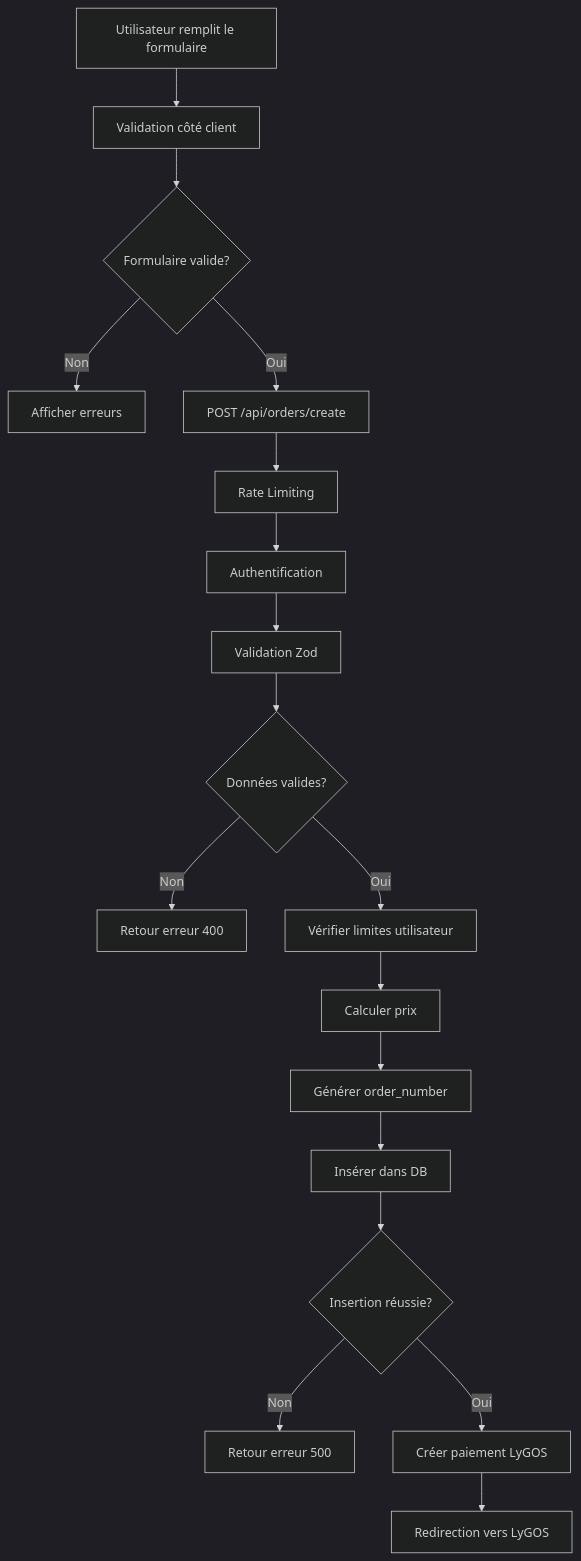
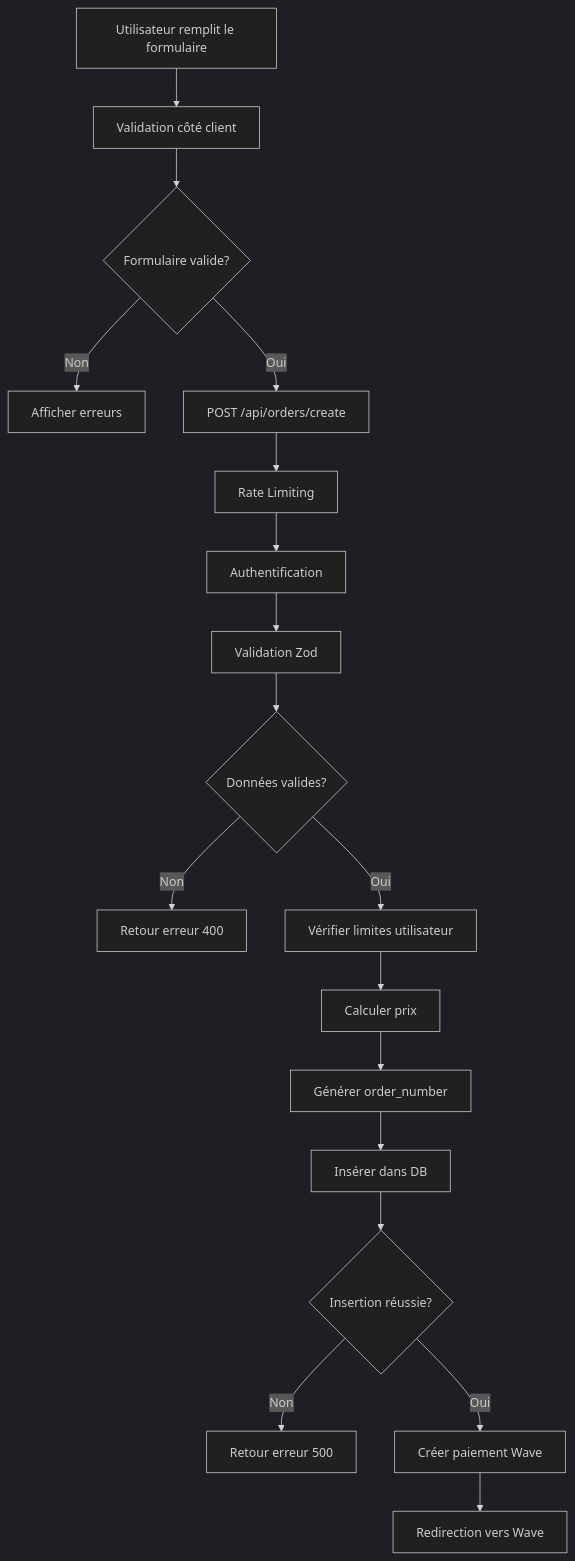
Before and after one commit to krsidoine7-svg/Ofika-c: the diagram in docs/04-database/STRUCTURE_TABLE_ORDERS.md, drawn with Mermaid (dark theme). The commit also changed other lines of this file and 424 other files, not shown here.

````diff
--- a/docs/04-database/STRUCTURE_TABLE_ORDERS.md
+++ b/docs/04-database/STRUCTURE_TABLE_ORDERS.md
@@ -269,20 +263,20 @@
 ```mermaid
 graph TD
     A[Utilisateur remplit le formulaire] --> B[Validation côté client]
     B --> C{Formulaire valide?}
     C -->|Non| D[Afficher erreurs]
     C -->|Oui| E[POST /api/orders/create]
     E --> F[Rate Limiting]
     F --> G[Authentification]
     G --> H[Validation Zod]
     H --> I{Données valides?}
     I -->|Non| J[Retour erreur 400]
     I -->|Oui| K[Vérifier limites utilisateur]
     K --> L[Calculer prix]
     L --> M[Générer order_number]
     M --> N[Insérer dans DB]
     N --> O{Insertion réussie?}
     O -->|Non| P[Retour erreur 500]
-    O -->|Oui| Q[Créer paiement LyGOS]
-    Q --> R[Redirection vers LyGOS]
+    O -->|Oui| Q[Créer paiement Wave]
+    Q --> R[Redirection vers Wave]
 ```
````
